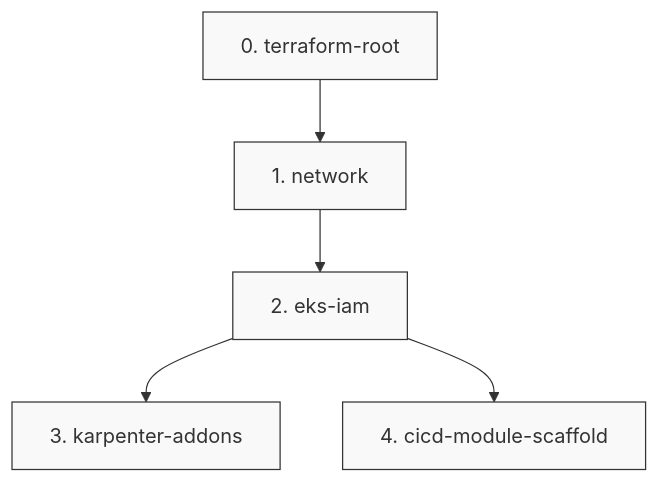
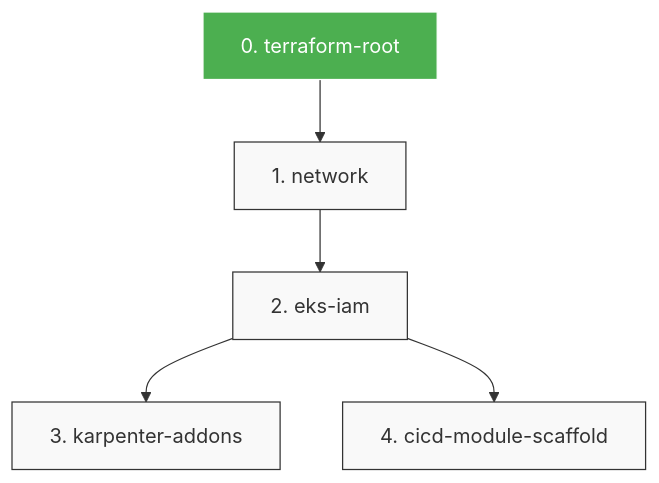
Before and after one commit to masondev1024/robot-data-pipeline: the diagram in phases/0-setup/DAG.md, drawn with Mermaid.

Commit message:
feat(0-setup): step 1 — network

````diff
--- a/phases/0-setup/DAG.md
+++ b/phases/0-setup/DAG.md
@@ -3,21 +3,21 @@
 ```mermaid
 graph TD
   classDef completed fill:#4CAF50,stroke:#fff,color:#fff;
   classDef pending fill:#f9f9f9,stroke:#333;
   classDef error fill:#f44336,stroke:#fff,color:#fff;
   classDef blocked fill:#FF9800,stroke:#fff,color:#fff;
   S0["0. terraform-root"]
-  class S0 pending;
+  class S0 completed;
   S1["1. network"]
   class S1 pending;
   S0 --> S1
   S2["2. eks-iam"]
   class S2 pending;
   S1 --> S2
   S3["3. karpenter-addons"]
   class S3 pending;
   S2 --> S3
   S4["4. cicd-module-scaffold"]
   class S4 pending;
   S2 --> S4
 ```
````
